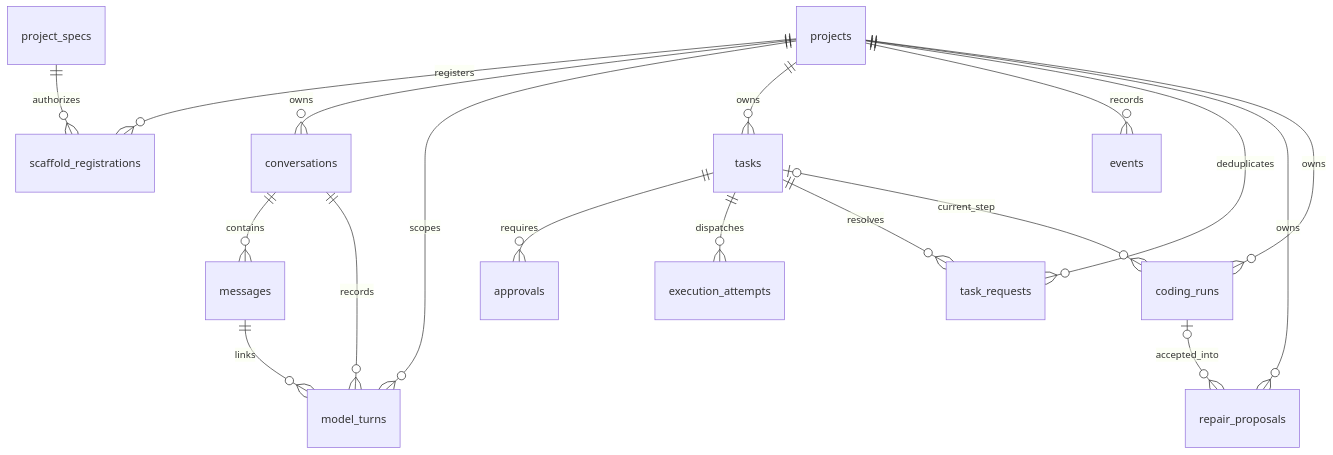
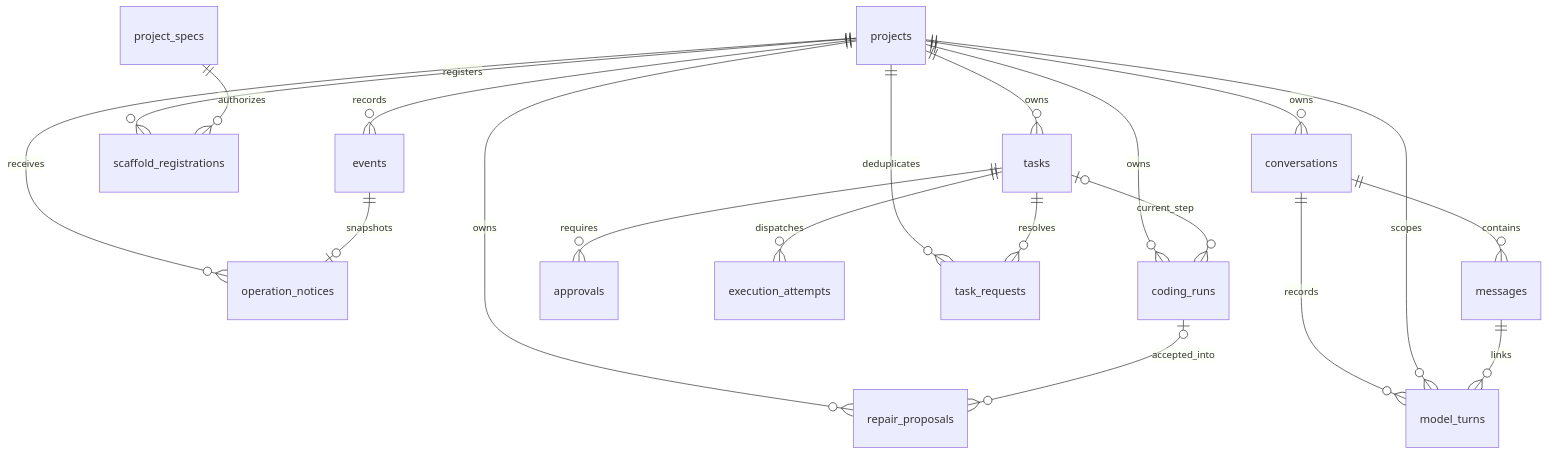
One commit to SkyraTech/skyra-jarvis changed the second of 3 diagrams in docs/ARCHITECTURE.md. Above: the diagram before and after it, drawn with Mermaid. The commit also changed other lines of this file and 47 other files, not shown here.

````diff
--- a/docs/ARCHITECTURE.md
+++ b/docs/ARCHITECTURE.md
@@ -49,20 +49,22 @@
 ```mermaid
 erDiagram
+  projects ||--o{ operation_notices : receives
+  events ||--o| operation_notices : snapshots
   projects ||--o{ scaffold_registrations : registers
   project_specs ||--o{ scaffold_registrations : authorizes
   projects ||--o{ conversations : owns
   conversations ||--o{ messages : contains
   conversations ||--o{ model_turns : records
   projects ||--o{ model_turns : scopes
   messages ||--o{ model_turns : links
   projects ||--o{ tasks : owns
   tasks ||--o{ approvals : requires
   tasks ||--o{ execution_attempts : dispatches
   projects ||--o{ events : records
   projects ||--o{ task_requests : deduplicates
   tasks ||--o{ task_requests : resolves
   projects ||--o{ repair_proposals : owns
   coding_runs |o--o{ repair_proposals : accepted_into
   projects ||--o{ coding_runs : owns
   tasks |o--o{ coding_runs : current_step
 ```
````
